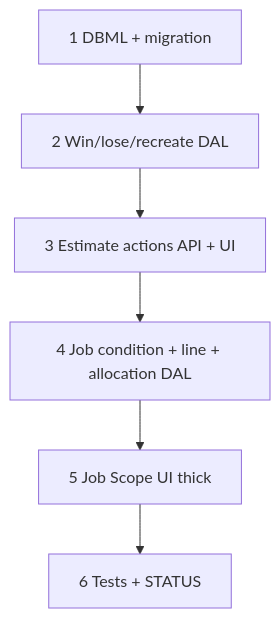
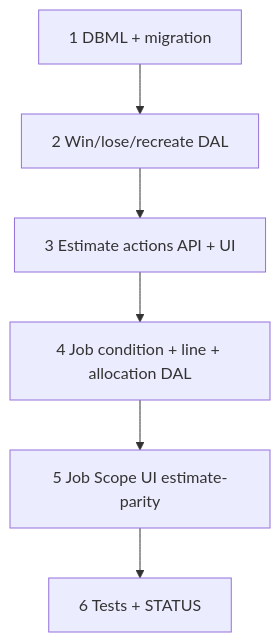
The diagram in apps/subhub/docs/tasks/46-estimate-win-lose-job-copy.md (rebischoff/latch), drawn with Mermaid before and after one commit. The commit also changed other lines of this file and 79 other files, not shown here.

First line of the commit message:
Update STATUS.md and enhance estimate/job components for improved functionality and clarity

````diff
--- a/apps/subhub/docs/tasks/46-estimate-win-lose-job-copy.md
+++ b/apps/subhub/docs/tasks/46-estimate-win-lose-job-copy.md
@@ -50,10 +56,10 @@
 ```mermaid
 flowchart TD
   s1[1 DBML + migration]
   s2[2 Win/lose/recreate DAL]
   s3[3 Estimate actions API + UI]
   s4[4 Job condition + line + allocation DAL]
-  s5[5 Job Scope UI thick]
+  s5[5 Job Scope UI estimate-parity]
   s6[6 Tests + STATUS]
   s1 --> s2 --> s3 --> s4 --> s5 --> s6
 ```
````
